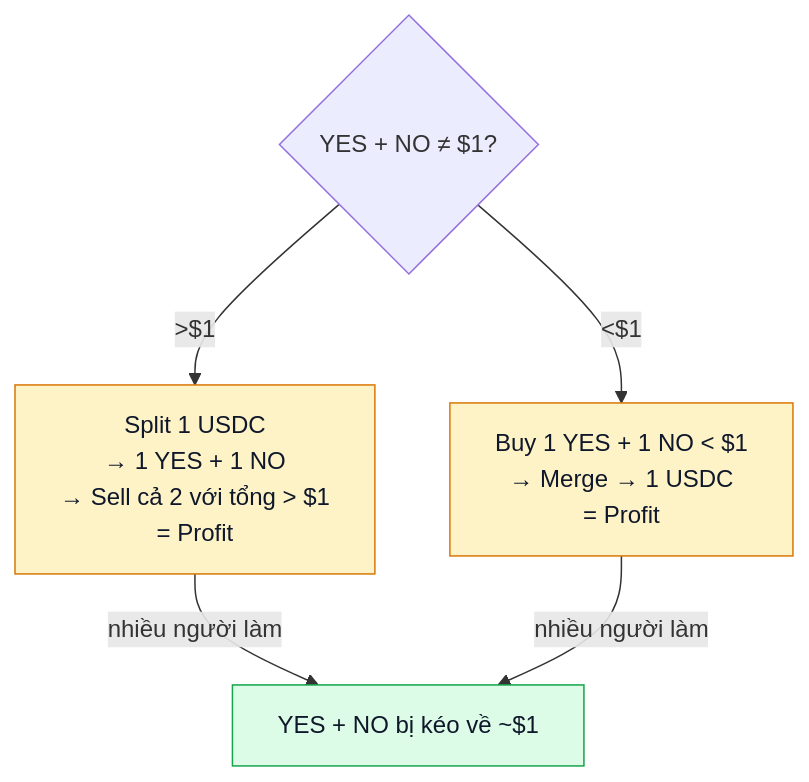
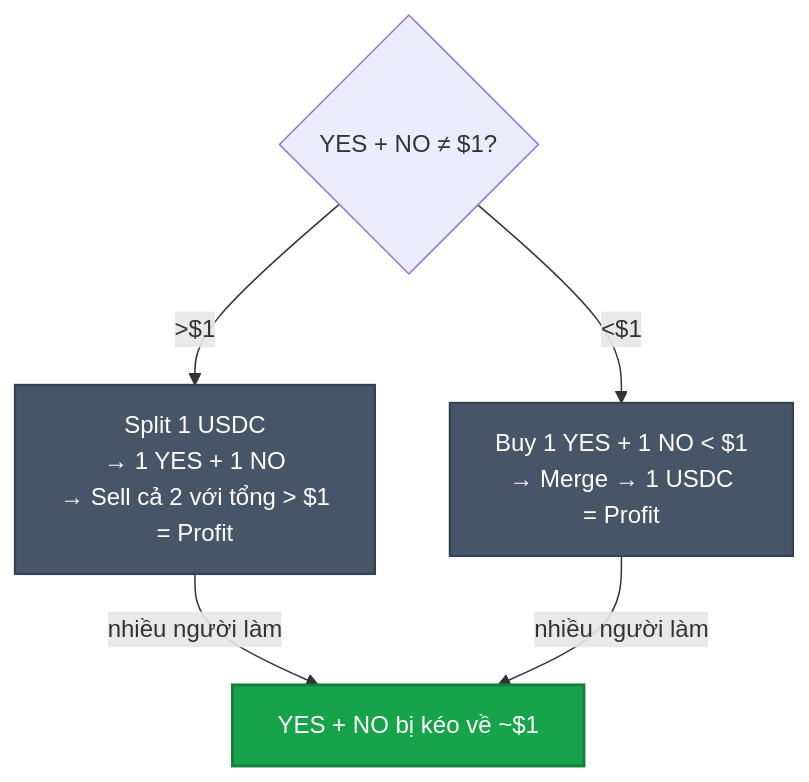
One commit to PrediX-Protocol/predix-docs changed the fourth of 4 diagrams in vi_v6/khai-niem/outcome-tokens.md. Above: the diagram before and after it, drawn with Mermaid. The commit also changed other lines of this file and 32 other files, not shown here.

First line of the commit message:
docs(vi_v6): redesign Mermaid theme — solid mid-tone palette + dark theme

````diff
--- a/vi_v6/khai-niem/outcome-tokens.md
+++ b/vi_v6/khai-niem/outcome-tokens.md
@@ -73,13 +73,13 @@
 ```mermaid
 flowchart TD
     Check{YES + NO ≠ $1?}
     Check -->|>$1| Path1[Split 1 USDC<br/>→ 1 YES + 1 NO<br/>→ Sell cả 2 với tổng > $1<br/>= Profit]
     Check -->|<$1| Path2[Buy 1 YES + 1 NO < $1<br/>→ Merge → 1 USDC<br/>= Profit]
     Path1 -->|nhiều người làm| Eq[YES + NO bị kéo về ~$1]
     Path2 -->|nhiều người làm| Eq
 
-    classDef arb fill:#fef3c7,stroke:#d97706,color:#0f172a
-    classDef eq fill:#dcfce7,stroke:#16a34a,color:#0f172a
+    classDef arb fill:#475569,stroke:#334155,color:#fff,stroke-width:1.5px
+    classDef eq fill:#16a34a,stroke:#15803d,color:#fff,stroke-width:2px
     class Path1,Path2 arb
     class Eq eq
 ```
````
